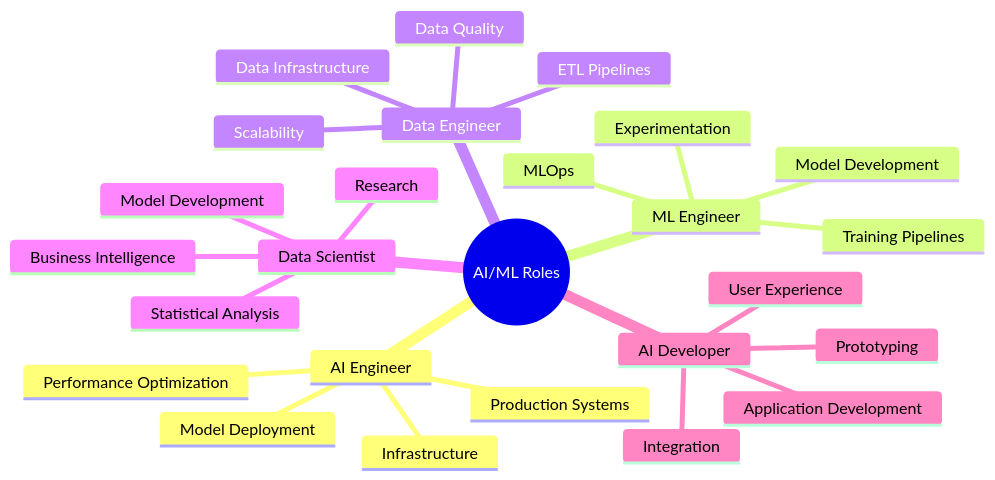
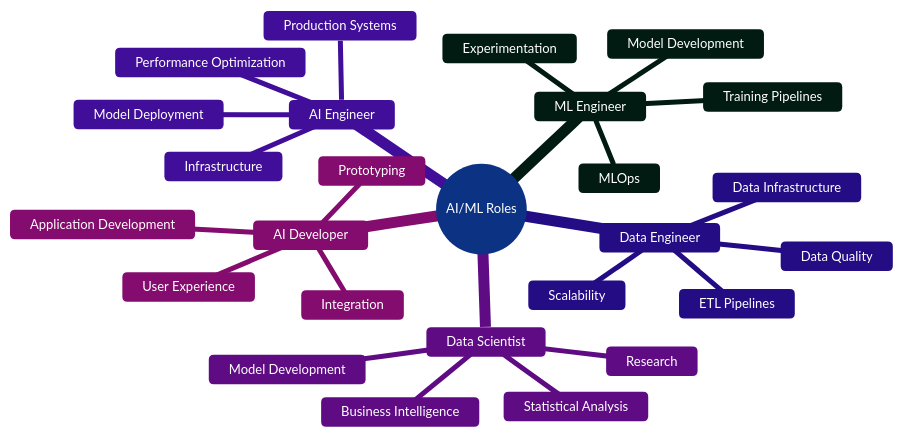
The second of 4 diagrams in README.md (khaosans/articles), drawn with Mermaid before and after one commit. The commit also changed other lines of this file, not shown here.

````diff
--- a/README.md
+++ b/README.md
@@ -55,29 +85,30 @@
 ```mermaid
+%%{init: {'theme': 'base', 'themeVariables': { 'fontSize': '13px', 'fontFamily': 'Segoe UI, Arial, sans-serif', 'primaryColor': '#2563eb', 'primaryTextColor': '#ffffff', 'primaryBorderColor': '#1e40af', 'lineColor': '#64748b', 'secondaryColor': '#7c3aed', 'tertiaryColor': '#059669'}}}%%
 mindmap
   root((AI/ML Roles))
     AI Engineer
       Model Deployment
       Production Systems
       Performance Optimization
       Infrastructure
     ML Engineer
       Model Development
       Training Pipelines
       Experimentation
       MLOps
     Data Engineer
       Data Infrastructure
       ETL Pipelines
       Data Quality
       Scalability
     Data Scientist
       Statistical Analysis
       Model Development
       Business Intelligence
       Research
     AI Developer
       Application Development
       Integration
       User Experience
       Prototyping
 ```
````
